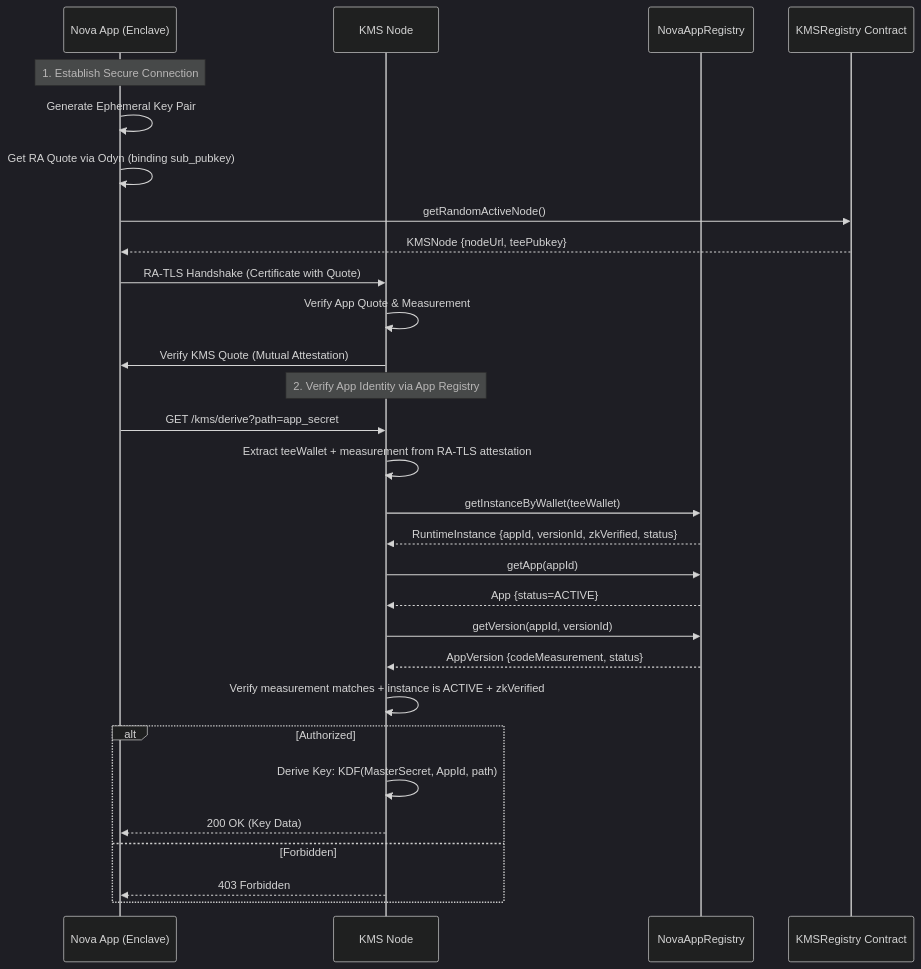
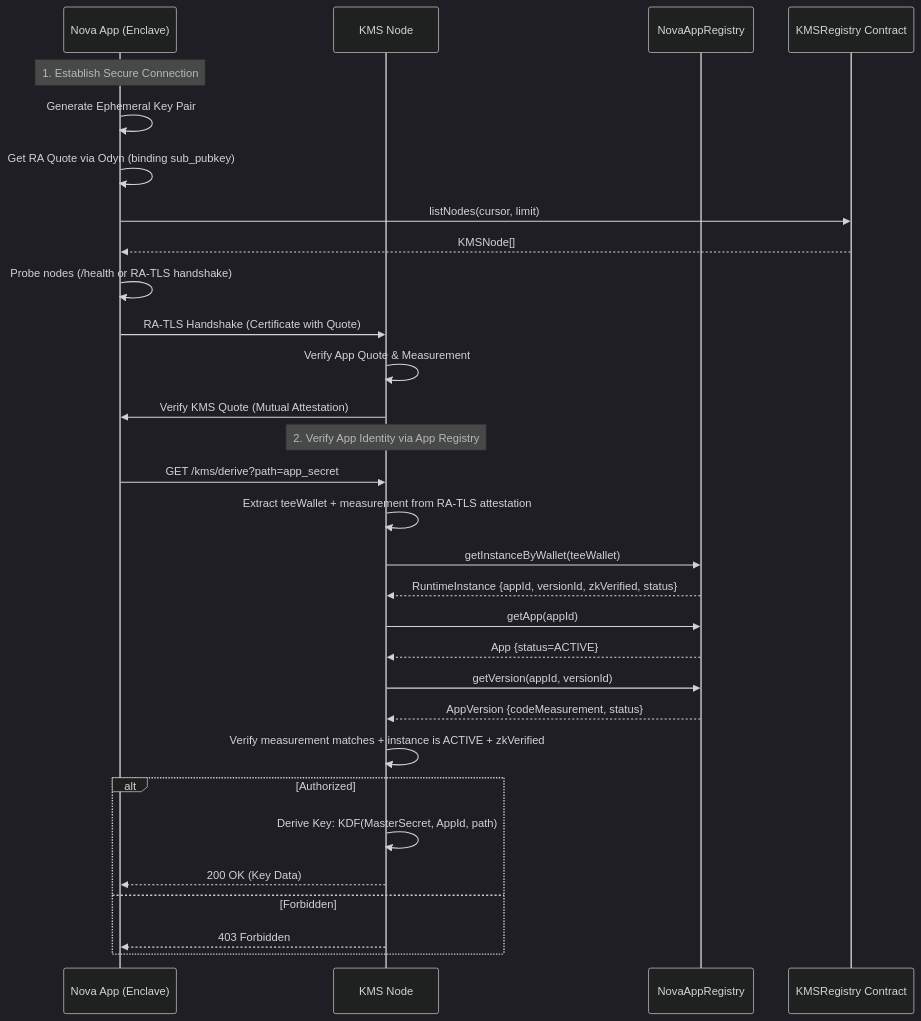
Before and after one commit to sparsity-xyz/nova-kms: the third of 4 diagrams in docs/architecture.md, drawn with Mermaid (dark theme). The commit also changed other lines of this file, not shown here.

````diff
--- a/docs/architecture.md
+++ b/docs/architecture.md
@@ -217,37 +239,38 @@
 ```mermaid
 sequenceDiagram
     participant App as Nova App (Enclave)
     participant KMS as KMS Node
     participant AR as NovaAppRegistry
     participant KC as KMSRegistry Contract
     
     Note over App: 1. Establish Secure Connection
     App->>App: Generate Ephemeral Key Pair
     App->>App: Get RA Quote via Odyn (binding sub_pubkey)
     
-    App->>KC: getRandomActiveNode()
-    KC-->>App: KMSNode {nodeUrl, teePubkey}
+    App->>KC: listNodes(cursor, limit)
+    KC-->>App: KMSNode[]
+    App->>App: Probe nodes (/health or RA-TLS handshake)
     
     App->>KMS: RA-TLS Handshake (Certificate with Quote)
     KMS->>KMS: Verify App Quote & Measurement
     KMS->>App: Verify KMS Quote (Mutual Attestation)
     
     Note over KMS: 2. Verify App Identity via App Registry
     App->>KMS: GET /kms/derive?path=app_secret
     KMS->>KMS: Extract teeWallet + measurement from RA-TLS attestation
     
     KMS->>AR: getInstanceByWallet(teeWallet)
     AR-->>KMS: RuntimeInstance {appId, versionId, zkVerified, status}
     KMS->>AR: getApp(appId)
     AR-->>KMS: App {status=ACTIVE}
     KMS->>AR: getVersion(appId, versionId)
     AR-->>KMS: AppVersion {codeMeasurement, status}
     KMS->>KMS: Verify measurement matches + instance is ACTIVE + zkVerified
     
     alt Authorized
         KMS->>KMS: Derive Key: KDF(MasterSecret, AppId, path)
         KMS-->>App: 200 OK (Key Data)
     else Forbidden
         KMS-->>App: 403 Forbidden
     end
 ```
````
